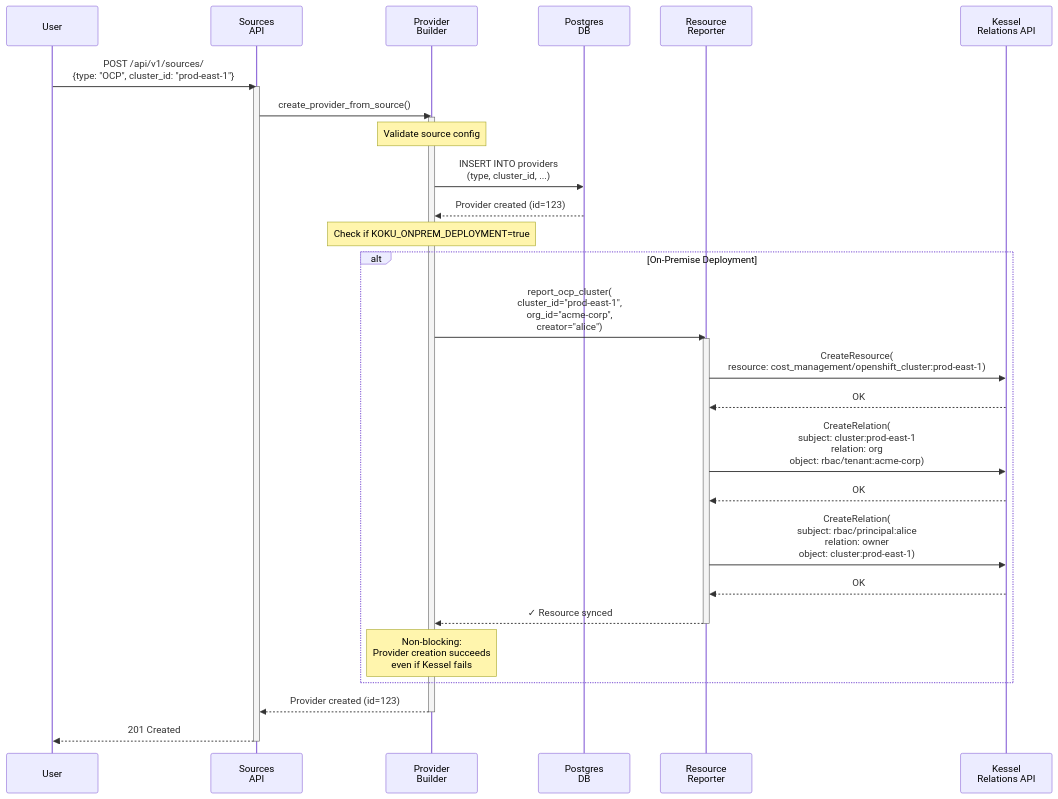
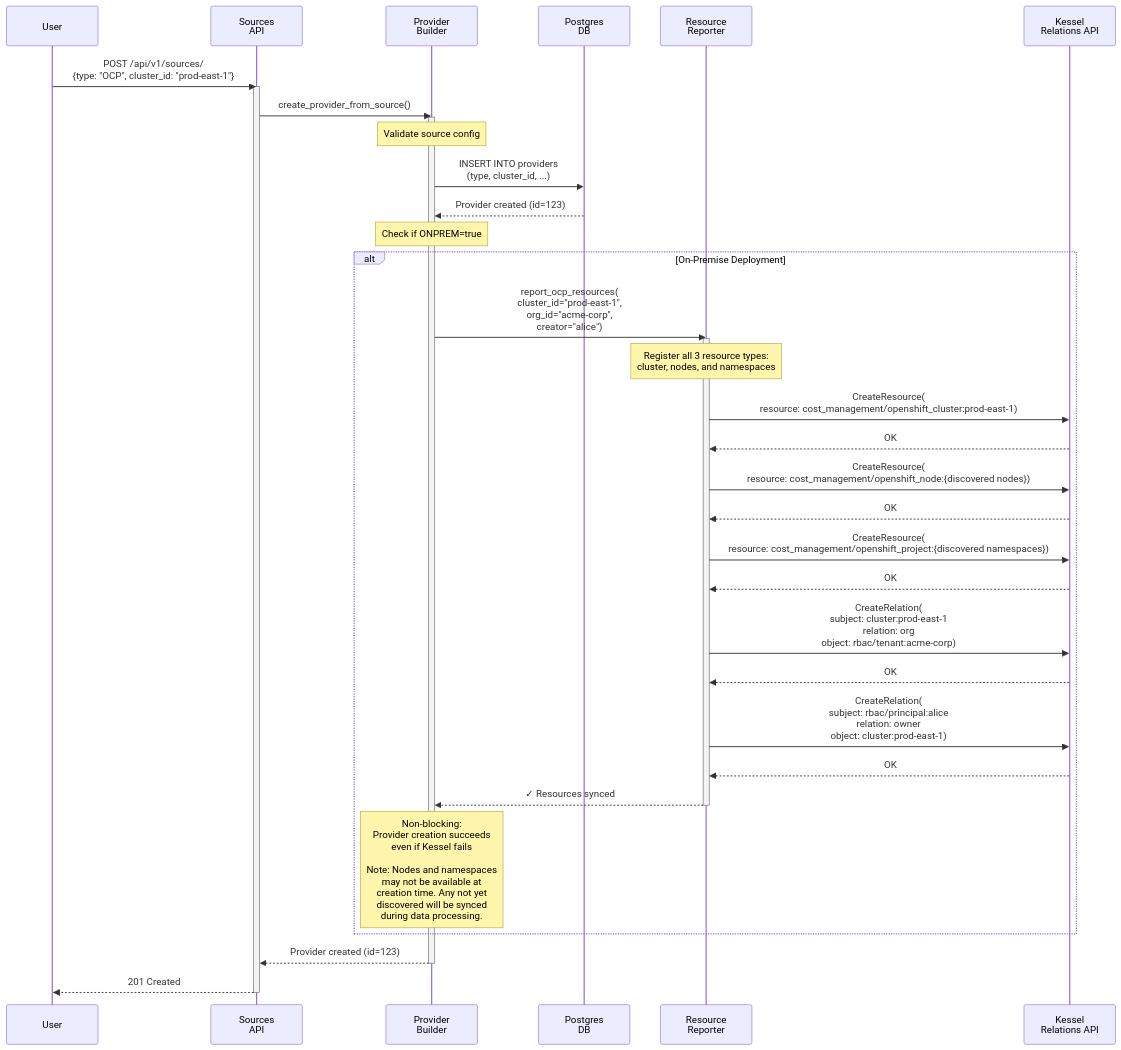
Before and after one commit to project-koku/koku: the third of 12 diagrams in docs/architecture/kessel-integration/kessel-ocp-integration.md, drawn with Mermaid. The commit also changed other lines of this file and 2 other files, not shown here.

First line of the commit message:
docs: add supporting docs for Kessel OCP integration HLD

````diff
--- a/docs/architecture/kessel-integration/kessel-ocp-integration.md
+++ b/docs/architecture/kessel-integration/kessel-ocp-integration.md
@@ -280,47 +280,55 @@
 ```mermaid
 sequenceDiagram
     participant User
     participant API as Sources<br/>API
     participant Builder as Provider<br/>Builder
     participant Postgres as Postgres<br/>DB
     participant Reporter as Resource<br/>Reporter
     participant Kessel as Kessel<br/>Relations API
     
     User->>API: POST /api/v1/sources/<br/>{type: "OCP", cluster_id: "prod-east-1"}
     activate API
     
     API->>Builder: create_provider_from_source()
     activate Builder
     
     Note over Builder: Validate source config
     
     Builder->>Postgres: INSERT INTO providers<br/>(type, cluster_id, ...)
     Postgres-->>Builder: Provider created (id=123)
     
-    Note over Builder: Check if KOKU_ONPREM_DEPLOYMENT=true
+    Note over Builder: Check if ONPREM=true
     
     alt On-Premise Deployment
-        Builder->>Reporter: report_ocp_cluster(<br/>cluster_id="prod-east-1",<br/>org_id="acme-corp",<br/>creator="alice")
+        Builder->>Reporter: report_ocp_resources(<br/>cluster_id="prod-east-1",<br/>org_id="acme-corp",<br/>creator="alice")
         activate Reporter
         
+        Note over Reporter: Register all 3 resource types:<br/>cluster, nodes, and namespaces
+
         Reporter->>Kessel: CreateResource(<br/>resource: cost_management/openshift_cluster:prod-east-1)
         Kessel-->>Reporter: OK
         
+        Reporter->>Kessel: CreateResource(<br/>resource: cost_management/openshift_node:{discovered nodes})
+        Kessel-->>Reporter: OK
+
+        Reporter->>Kessel: CreateResource(<br/>resource: cost_management/openshift_project:{discovered namespaces})
+        Kessel-->>Reporter: OK
+
         Reporter->>Kessel: CreateRelation(<br/>subject: cluster:prod-east-1<br/>relation: org<br/>object: rbac/tenant:acme-corp)
         Kessel-->>Reporter: OK
         
         Reporter->>Kessel: CreateRelation(<br/>subject: rbac/principal:alice<br/>relation: owner<br/>object: cluster:prod-east-1)
         Kessel-->>Reporter: OK
         
-        Reporter-->>Builder: ✓ Resource synced
+        Reporter-->>Builder: ✓ Resources synced
         deactivate Reporter
         
-        Note over Builder: Non-blocking:<br/>Provider creation succeeds<br/>even if Kessel fails
+        Note over Builder: Non-blocking:<br/>Provider creation succeeds<br/>even if Kessel fails<br/><br/>Note: Nodes and namespaces<br/>may not be available at<br/>creation time. Any not yet<br/>discovered will be synced<br/>during data processing.
     end
     
     Builder-->>API: Provider created (id=123)
     deactivate Builder
     
     API-->>User: 201 Created
     deactivate API
 ```
````
